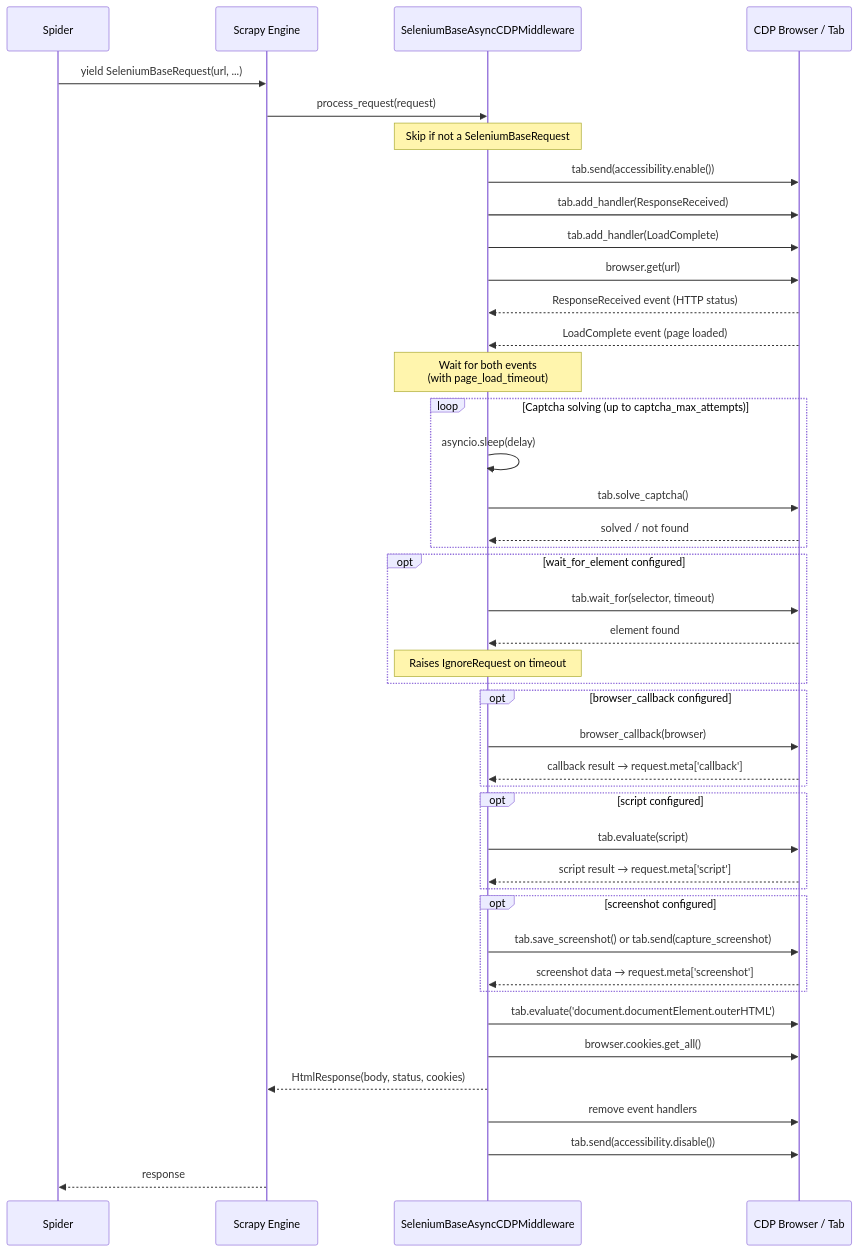
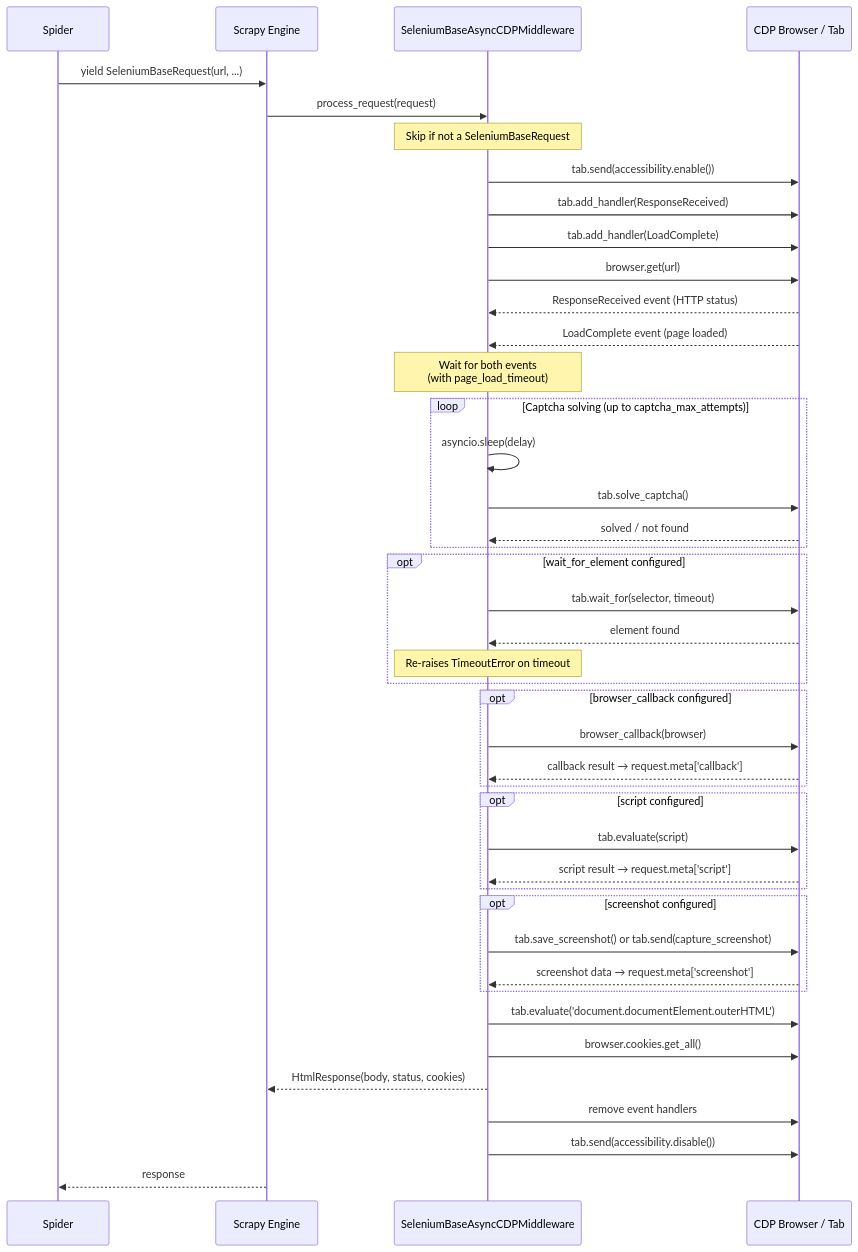
Before and after one commit to nyg/scrapy-seleniumbase-cdp: the diagram in docs/ARCHITECTURE.md, drawn with Mermaid. The commit also changed other lines of this file and 6 other files, not shown here.

````diff
--- a/docs/ARCHITECTURE.md
+++ b/docs/ARCHITECTURE.md
@@ -12,58 +12,58 @@
 ```mermaid
 sequenceDiagram
     participant Spider
     participant Engine as Scrapy Engine
     participant MW as SeleniumBaseAsyncCDPMiddleware
     participant Browser as CDP Browser / Tab
 
     Spider->>Engine: yield SeleniumBaseRequest(url, ...)
     Engine->>MW: process_request(request)
 
     Note over MW: Skip if not a SeleniumBaseRequest
 
     MW->>Browser: tab.send(accessibility.enable())
     MW->>Browser: tab.add_handler(ResponseReceived)
     MW->>Browser: tab.add_handler(LoadComplete)
 
     MW->>Browser: browser.get(url)
     Browser-->>MW: ResponseReceived event (HTTP status)
     Browser-->>MW: LoadComplete event (page loaded)
 
     Note over MW: Wait for both events<br/>(with page_load_timeout)
 
     loop Captcha solving (up to captcha_max_attempts)
         MW->>MW: asyncio.sleep(delay)
         MW->>Browser: tab.solve_captcha()
         Browser-->>MW: solved / not found
     end
 
     opt wait_for_element configured
         MW->>Browser: tab.wait_for(selector, timeout)
         Browser-->>MW: element found
-        Note over MW: Raises IgnoreRequest on timeout
+        Note over MW: Re-raises TimeoutError on timeout
     end
 
     opt browser_callback configured
         MW->>Browser: browser_callback(browser)
         Browser-->>MW: callback result → request.meta['callback']
     end
 
     opt script configured
         MW->>Browser: tab.evaluate(script)
         Browser-->>MW: script result → request.meta['script']
     end
 
     opt screenshot configured
         MW->>Browser: tab.save_screenshot() or tab.send(capture_screenshot)
         Browser-->>MW: screenshot data → request.meta['screenshot']
     end
 
     MW->>Browser: tab.evaluate('document.documentElement.outerHTML')
     MW->>Browser: browser.cookies.get_all()
     MW-->>Engine: HtmlResponse(body, status, cookies)
 
     MW->>Browser: remove event handlers
     MW->>Browser: tab.send(accessibility.disable())
 
     Engine-->>Spider: response
 ```
````
